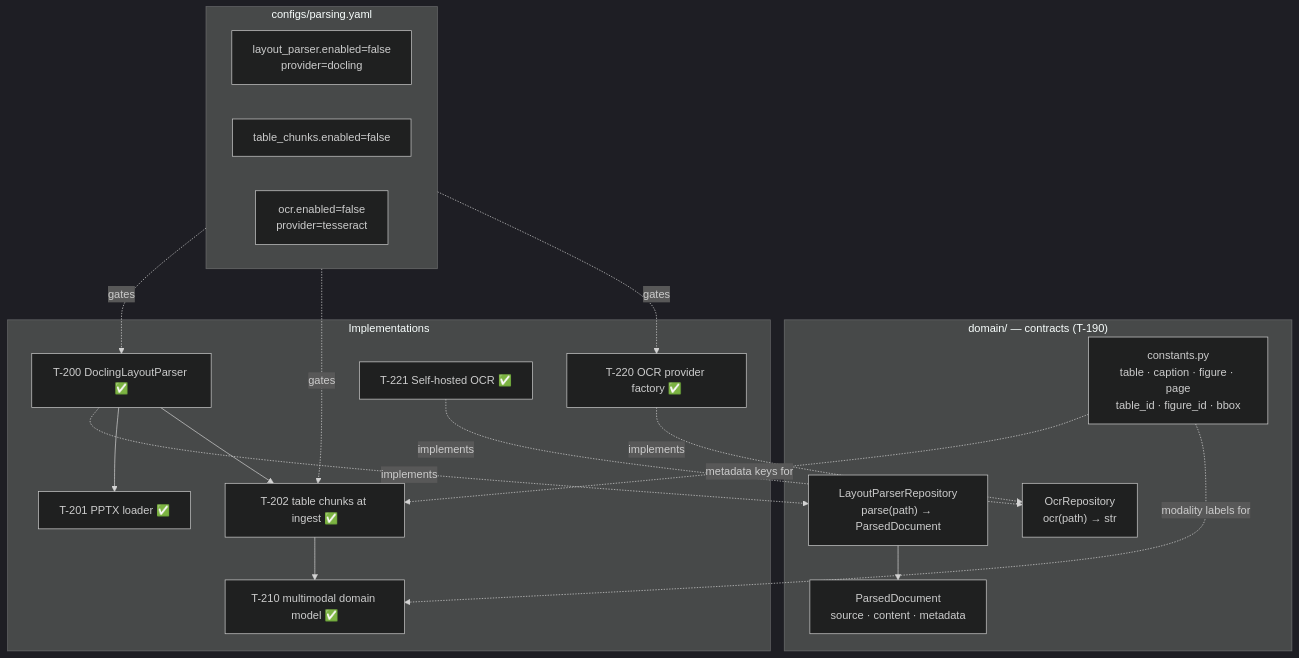
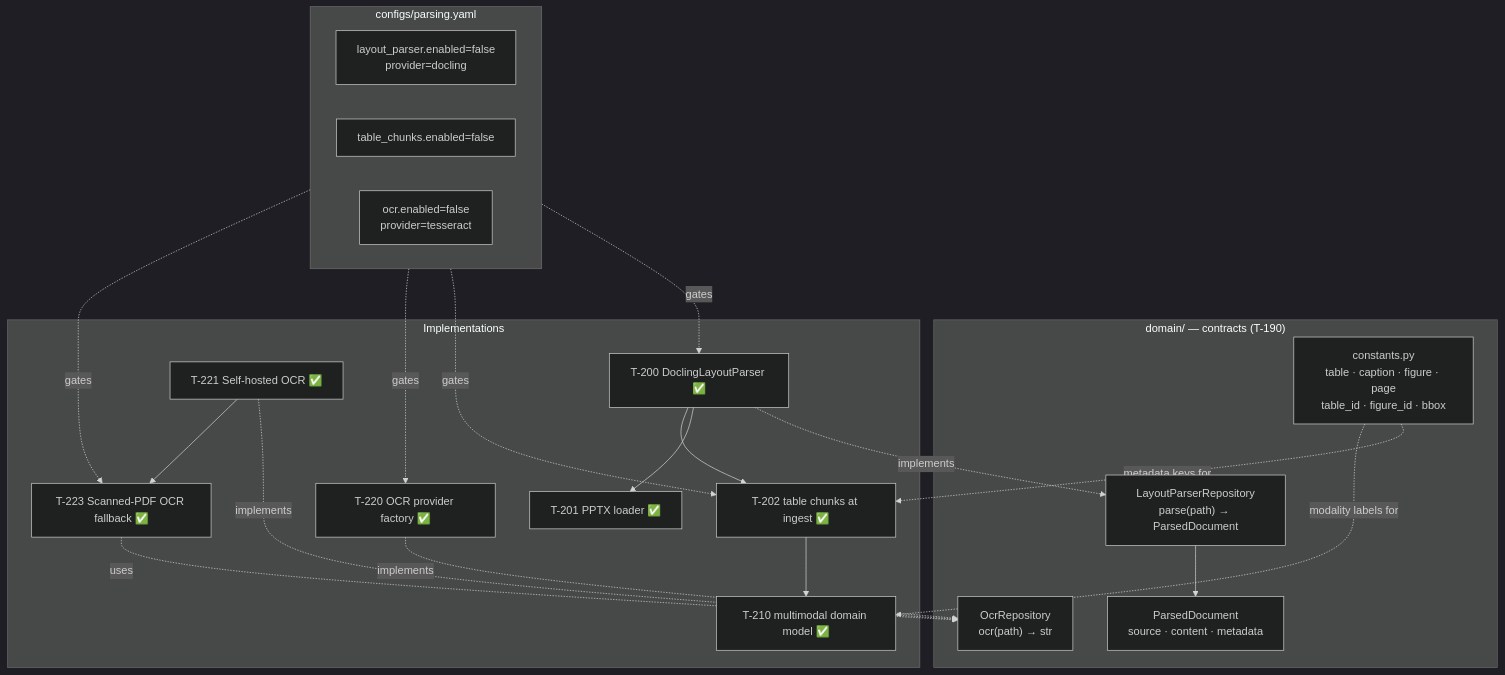
Before and after one commit to ealbertoav/rag_platform: the fourth of 22 diagrams in README.md, drawn with Mermaid (dark theme). The commit also changed other lines of this file and 8 other files, not shown here.

First line of the commit message:
Add scanned-PDF OCR fallback to ingestion pipeline (T-223):

````diff
--- a/README.md
+++ b/README.md
@@ -582,37 +582,41 @@
 ```mermaid
 flowchart TB
     subgraph DOMAIN["domain/ — contracts (T-190)"]
         LPR["LayoutParserRepository<br/>parse(path) → ParsedDocument"]
         OCR["OcrRepository<br/>ocr(path) → str"]
         PD["ParsedDocument<br/>source · content · metadata"]
         CONST["constants.py<br/>table · caption · figure · page<br/>table_id · figure_id · bbox"]
     end
 
     subgraph CONFIG["configs/parsing.yaml"]
         LPSET["layout_parser.enabled=false<br/>provider=docling"]
         TCSET["table_chunks.enabled=false"]
         OCRSET["ocr.enabled=false<br/>provider=tesseract"]
     end
 
     subgraph IMPL["Implementations"]
         T200["T-200 DoclingLayoutParser ✅"]
         T201["T-201 PPTX loader ✅"]
         T202["T-202 table chunks at ingest ✅"]
         T210["T-210 multimodal domain model ✅"]
         T220["T-220 OCR provider factory ✅"]
         T221["T-221 Self-hosted OCR ✅"]
+        T223["T-223 Scanned-PDF OCR fallback ✅"]
     end
 
     LPR --> PD
     CONFIG -.->|gates| T200
     CONFIG -.->|gates| T202
     CONFIG -.->|gates| T220
+    CONFIG -.->|gates| T223
     T200 -.->|implements| LPR
     T220 -.->|implements| OCR
     T221 -.->|implements| OCR
+    T223 -.->|uses| OCR
     T200 --> T201
     T200 --> T202
     T202 --> T210
+    T221 --> T223
     CONST -.->|metadata keys for| T202
     CONST -.->|modality labels for| T210
 ```
````
